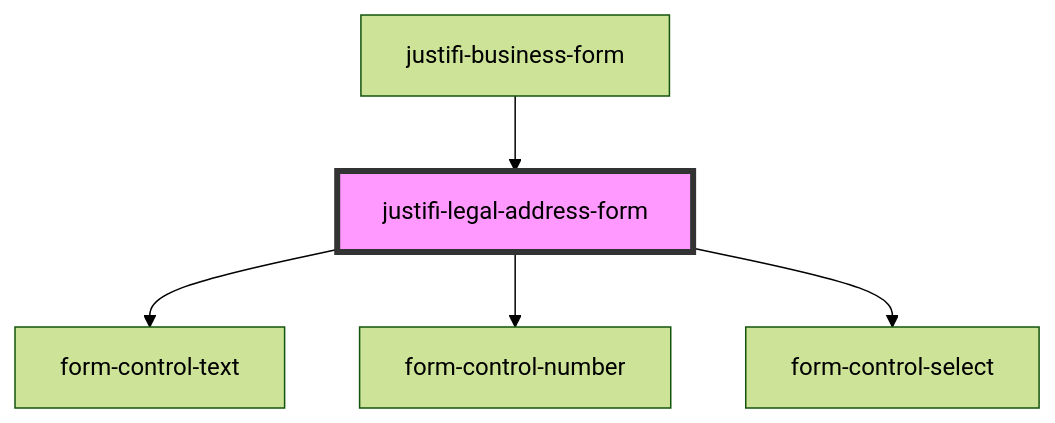
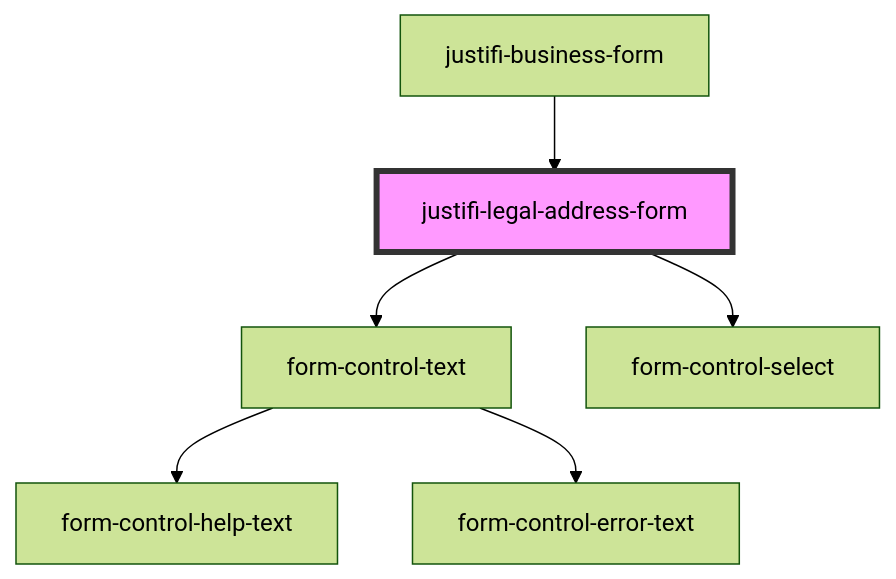
Before and after one commit to justifi-tech/web-component-library: the diagram in packages/webcomponents/src/components/business-forms/business-form/legal-address-form/readme.md, drawn with Mermaid (forest theme). The commit also changed other lines of this file and 32 other files, not shown here.

````diff
--- a/packages/webcomponents/src/components/business-forms/business-form/legal-address-form/readme.md
+++ b/packages/webcomponents/src/components/business-forms/business-form/legal-address-form/readme.md
@@ -28,8 +27,9 @@
 ```mermaid
 graph TD;
   justifi-legal-address-form --> form-control-text
-  justifi-legal-address-form --> form-control-number
   justifi-legal-address-form --> form-control-select
+  form-control-text --> form-control-help-text
+  form-control-text --> form-control-error-text
   justifi-business-form --> justifi-legal-address-form
   style justifi-legal-address-form fill:#f9f,stroke:#333,stroke-width:4px
 ```
````
